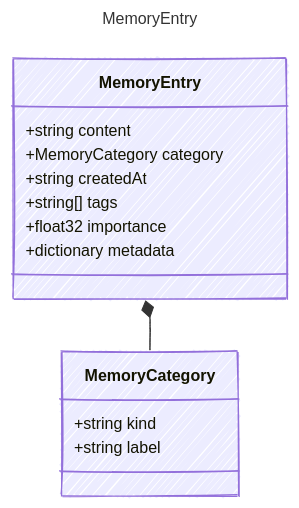
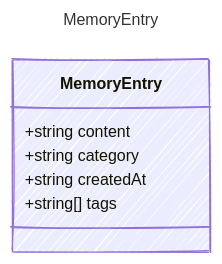
One commit to microsoft/prompty changed the diagram in web/src/content/docs/reference/MemoryEntry.md. Above: the diagram before and after it, drawn with Mermaid. The commit also changed other lines of this file and 42 other files, not shown here.

````diff
--- a/web/src/content/docs/reference/MemoryEntry.md
+++ b/web/src/content/docs/reference/MemoryEntry.md
@@ -19,24 +21,17 @@
 ```mermaid
 ---
 title: MemoryEntry
 config:
   look: handDrawn
   theme: colorful
   class:
     hideEmptyMembersBox: true
 ---
 classDiagram
     class MemoryEntry {
         +string content
-        +MemoryCategory category
+        +string category
         +string createdAt
         +string[] tags
-        +float32 importance
-        +dictionary metadata
     }
-    class MemoryCategory {
-        +string kind
-        +string label
-    }
-    MemoryEntry *-- MemoryCategory
 ```
````
